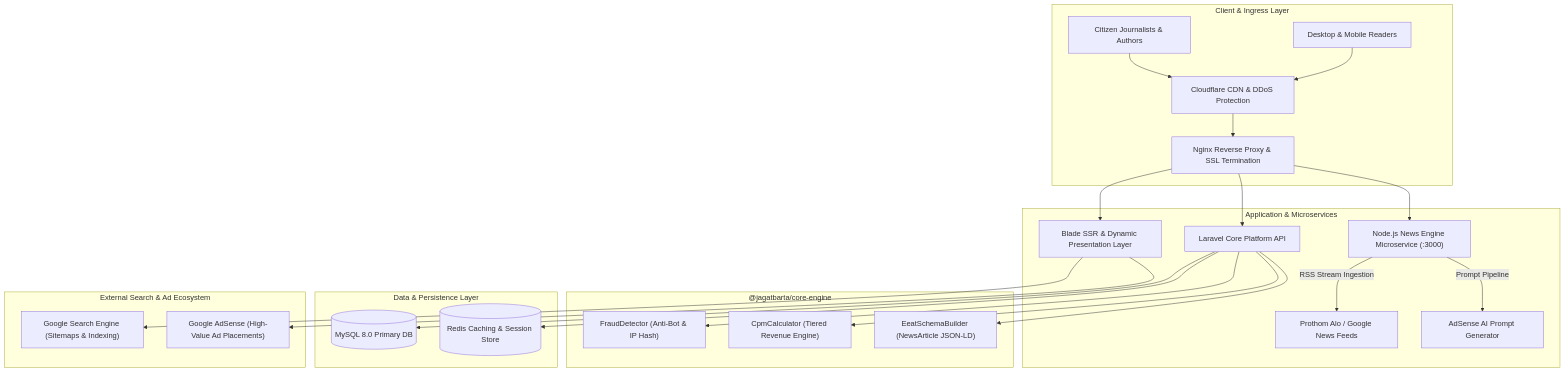
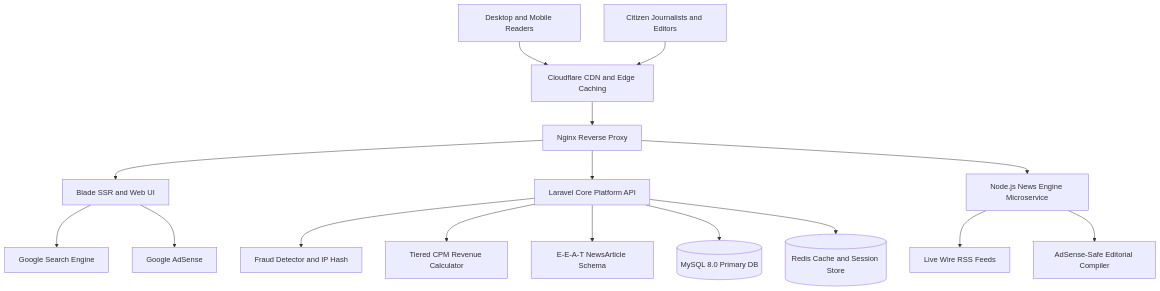
One commit to shajibsikder/jagatbarta-platform changed the first of 2 diagrams in docs/ARCHITECTURE.md. Above: the diagram before and after it, drawn with Mermaid. The commit also changed other lines of this file and 4 other files, not shown here.

Commit message:
docs: streamline README and architecture diagram with minimalist, robust GitHub Mermaid formatting

````diff
--- a/docs/ARCHITECTURE.md
+++ b/docs/ARCHITECTURE.md
@@ -9,33 +9,23 @@
 ```mermaid
-flowchart TD
-    subgraph ClientLayer ["Client & Ingress Layer"]
-        A1["Desktop & Mobile Readers"] --> B1["Cloudflare CDN & DDoS Protection"]
-        A2["Citizen Journalists & Authors"] --> B1
-        B1 --> B2["Nginx Reverse Proxy & SSL Termination"]
-    end
+graph TD
+    Readers[Desktop and Mobile Readers] --> Edge[Cloudflare CDN and Edge Caching]
+    Authors[Citizen Journalists and Editors] --> Edge
+    Edge --> Nginx[Nginx Reverse Proxy]
 
-    subgraph AppLayer ["Application & Microservices"]
-        B2 --> C1["Blade SSR & Dynamic Presentation Layer"]
-        B2 --> C2["Laravel Core Platform API"]
-        B2 --> C3["Node.js News Engine Microservice (:3000)"]
-        
-        C3 -->|RSS Stream Ingestion| D1["Prothom Alo / Google News Feeds"]
-        C3 -->|Prompt Pipeline| D2["AdSense AI Prompt Generator"]
-    end
+    Nginx --> Presentation[Blade SSR and Web UI]
+    Nginx --> PlatformAPI[Laravel Core Platform API]
+    Nginx --> NewsEngine[Node.js News Engine Microservice]
 
-    subgraph CoreEngine ["@jagatbarta/core-engine"]
-        C2 --> E1["FraudDetector (Anti-Bot & IP Hash)"]
-        C2 --> E2["CpmCalculator (Tiered Revenue Engine)"]
-        C2 --> E3["EeatSchemaBuilder (NewsArticle JSON-LD)"]
-    end
+    NewsEngine --> Feeds[Live Wire RSS Feeds]
+    NewsEngine --> PromptGen[AdSense-Safe Editorial Compiler]
 
-    subgraph StorageLayer ["Data & Persistence Layer"]
-        C2 --> F1[("MySQL 8.0 Primary DB")]
-        C2 --> F2[("Redis Caching & Session Store")]
-    end
+    PlatformAPI --> FraudShield[Fraud Detector and IP Hash]
+    PlatformAPI --> CpmEngine[Tiered CPM Revenue Calculator]
+    PlatformAPI --> SchemaGen[E-E-A-T NewsArticle Schema]
 
-    subgraph ExternalServices ["External Search & Ad Ecosystem"]
-        C1 --> G1["Google Search Engine (Sitemaps & Indexing)"]
-        C1 --> G2["Google AdSense (High-Value Ad Placements)"]
-    end
+    PlatformAPI --> MySQL[(MySQL 8.0 Primary DB)]
+    PlatformAPI --> Redis[(Redis Cache and Session Store)]
+
+    Presentation --> GoogleBot[Google Search Engine]
+    Presentation --> AdSense[Google AdSense]
 ```
````
